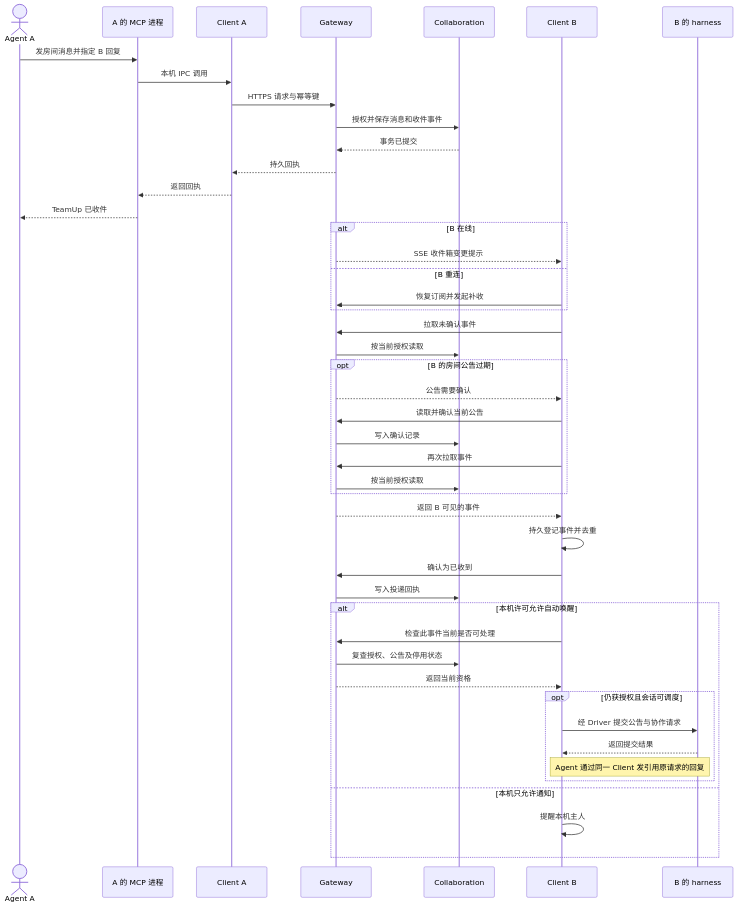
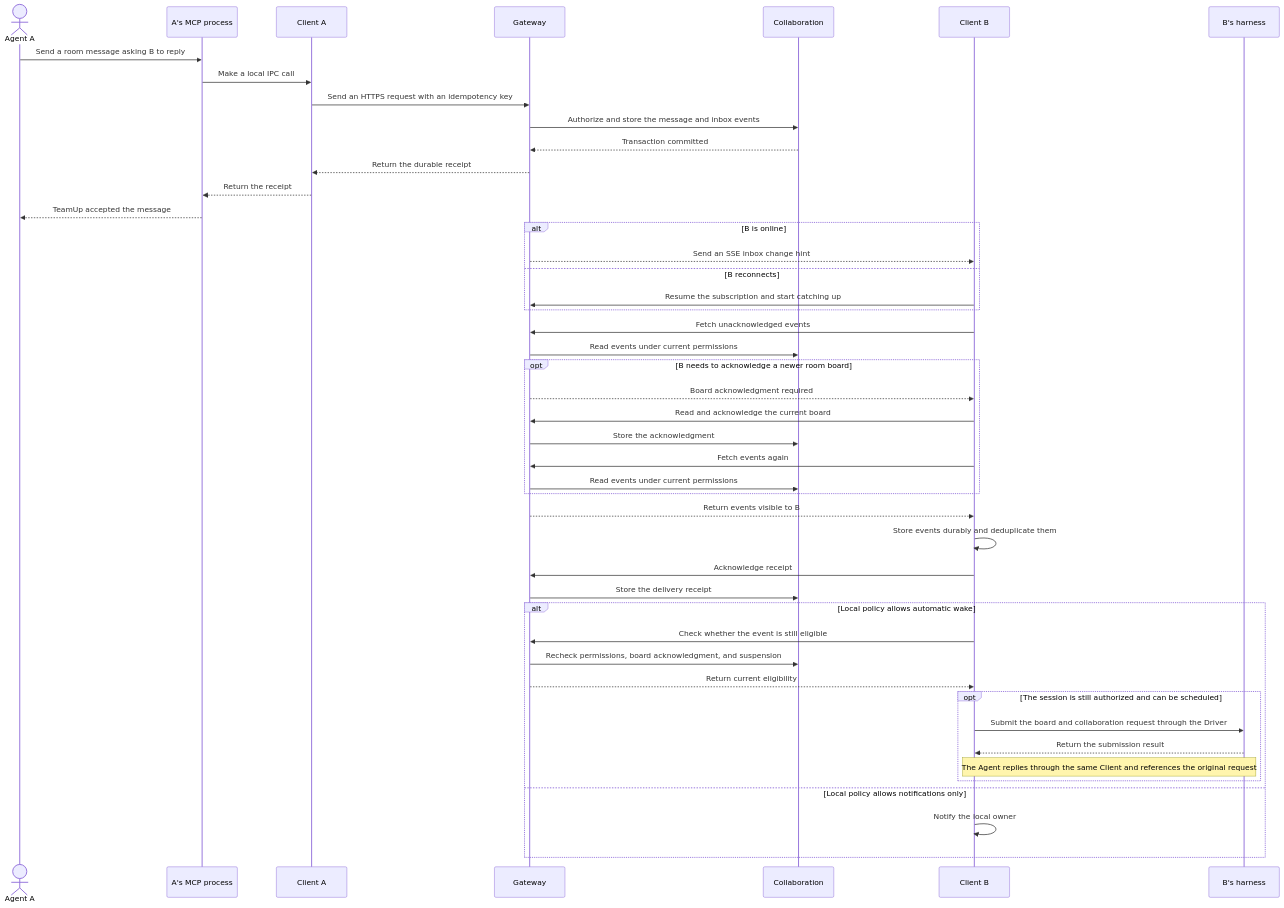
The first of 2 diagrams in docs/modules/teamup-api.md (Jianyu010/TeamUp), drawn with Mermaid before and after one commit. The commit also changed other lines of this file and 44 other files, not shown here.

````diff
--- a/docs/modules/teamup-api.md
+++ b/docs/modules/teamup-api.md
@@ -26,48 +26,48 @@
 ```mermaid
 sequenceDiagram
     actor A as Agent A
-    participant MCP as A 的 MCP 进程
+    participant MCP as A's MCP process
     participant CA as Client A
     participant G as Gateway
     participant C as Collaboration
     participant CB as Client B
-    participant B as B 的 harness
-    A->>MCP: 发房间消息并指定 B 回复
-    MCP->>CA: 本机 IPC 调用
-    CA->>G: HTTPS 请求与幂等键
-    G->>C: 授权并保存消息和收件事件
-    C-->>G: 事务已提交
-    G-->>CA: 持久回执
-    CA-->>MCP: 返回回执
-    MCP-->>A: TeamUp 已收件
-    alt B 在线
-        G-->>CB: SSE 收件箱变更提示
-    else B 重连
-        CB->>G: 恢复订阅并发起补收
+    participant B as B's harness
+    A->>MCP: Send a room message asking B to reply
+    MCP->>CA: Make a local IPC call
+    CA->>G: Send an HTTPS request with an idempotency key
+    G->>C: Authorize and store the message and inbox events
+    C-->>G: Transaction committed
+    G-->>CA: Return the durable receipt
+    CA-->>MCP: Return the receipt
+    MCP-->>A: TeamUp accepted the message
+    alt B is online
+        G-->>CB: Send an SSE inbox change hint
+    else B reconnects
+        CB->>G: Resume the subscription and start catching up
     end
-    CB->>G: 拉取未确认事件
-    G->>C: 按当前授权读取
-    opt B 的房间公告过期
-        G-->>CB: 公告需要确认
-        CB->>G: 读取并确认当前公告
-        G->>C: 写入确认记录
-        CB->>G: 再次拉取事件
-        G->>C: 按当前授权读取
+    CB->>G: Fetch unacknowledged events
+    G->>C: Read events under current permissions
+    opt B needs to acknowledge a newer room board
+        G-->>CB: Board acknowledgment required
+        CB->>G: Read and acknowledge the current board
+        G->>C: Store the acknowledgment
+        CB->>G: Fetch events again
+        G->>C: Read events under current permissions
     end
-    G-->>CB: 返回 B 可见的事件
-    CB->>CB: 持久登记事件并去重
-    CB->>G: 确认为已收到
-    G->>C: 写入投递回执
-    alt 本机许可允许自动唤醒
-        CB->>G: 检查此事件当前是否可处理
-        G->>C: 复查授权、公告及停用状态
-        G-->>CB: 返回当前资格
-        opt 仍获授权且会话可调度
-            CB->>B: 经 Driver 提交公告与协作请求
-            B-->>CB: 返回提交结果
-            Note over B,CB: Agent 通过同一 Client 发引用原请求的回复
+    G-->>CB: Return events visible to B
+    CB->>CB: Store events durably and deduplicate them
+    CB->>G: Acknowledge receipt
+    G->>C: Store the delivery receipt
+    alt Local policy allows automatic wake
+        CB->>G: Check whether the event is still eligible
+        G->>C: Recheck permissions, board acknowledgment, and suspension
+        G-->>CB: Return current eligibility
+        opt The session is still authorized and can be scheduled
+            CB->>B: Submit the board and collaboration request through the Driver
+            B-->>CB: Return the submission result
+            Note over B,CB: The Agent replies through the same Client and references the original request
         end
-    else 本机只允许通知
-        CB->>CB: 提醒本机主人
+    else Local policy allows notifications only
+        CB->>CB: Notify the local owner
     end
 ```
````
